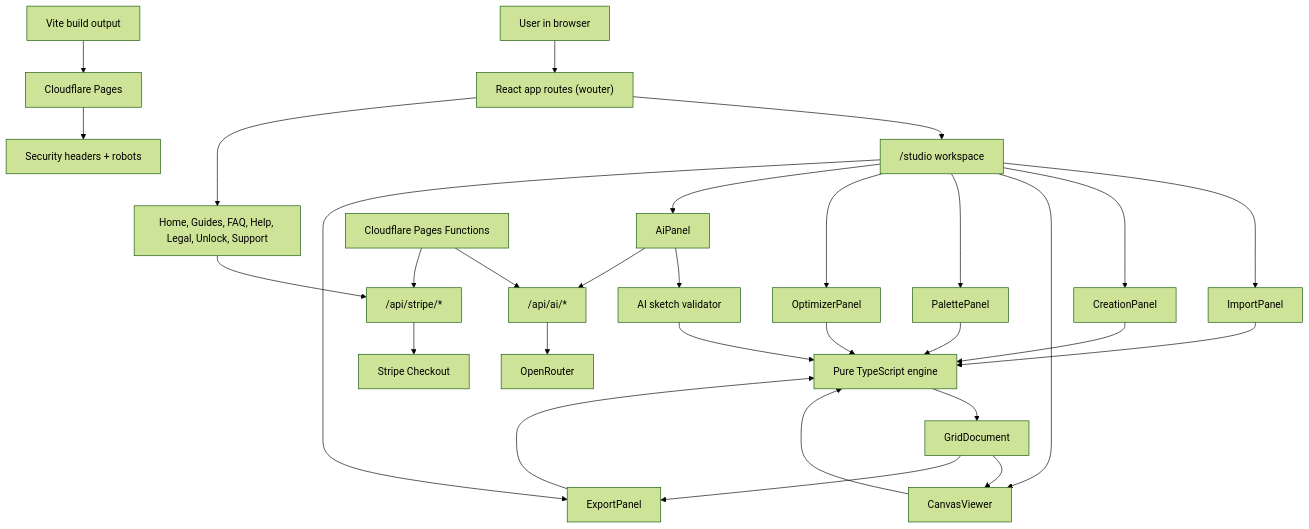
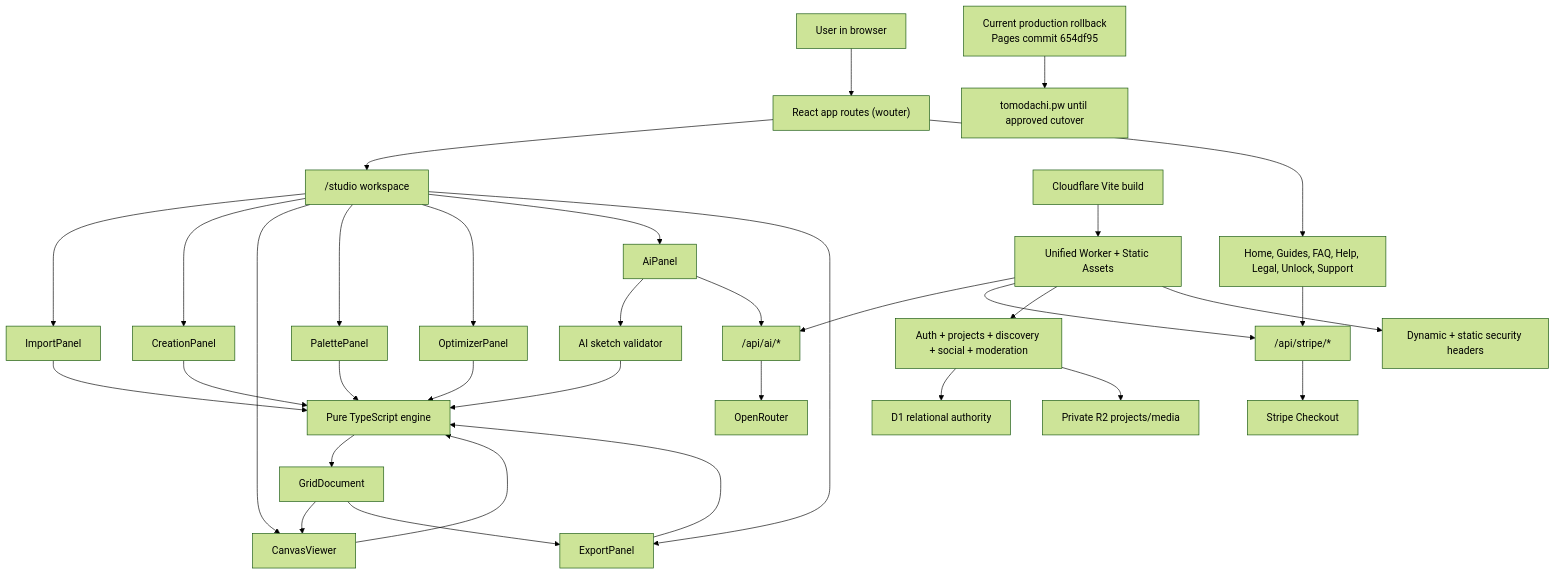
One commit to RazonIn4K/Mii-pixelart changed the first of 8 diagrams in living-the-grid-studio/PROJECT_STACK_AND_IMPLEMENTATION.md. Above: the diagram before and after it, drawn with Mermaid (forest theme). The commit also changed other lines of this file and 46 other files, not shown here.

````diff
--- a/living-the-grid-studio/PROJECT_STACK_AND_IMPLEMENTATION.md
+++ b/living-the-grid-studio/PROJECT_STACK_AND_IMPLEMENTATION.md
@@ -51,38 +71,43 @@
 ```mermaid
 flowchart TD
   User["User in browser"] --> Routes["React app routes (wouter)"]
   Routes --> Studio["/studio workspace"]
   Routes --> SitePages["Home, Guides, FAQ, Help, Legal, Unlock, Support"]
 
   Studio --> Import["ImportPanel"]
   Studio --> Create["CreationPanel"]
   Studio --> Canvas["CanvasViewer"]
   Studio --> Palette["PalettePanel"]
   Studio --> Optimize["OptimizerPanel"]
   Studio --> AI["AiPanel"]
   Studio --> Export["ExportPanel"]
 
   Import --> Engine["Pure TypeScript engine"]
   Create --> Engine
   Canvas --> Engine
   Palette --> Engine
   Optimize --> Engine
   AI --> AiSketch["AI sketch validator"]
   AiSketch --> Engine
   Export --> Engine
 
   Engine --> GridDoc["GridDocument"]
   GridDoc --> Canvas
   GridDoc --> Export
 
   AI --> ApiAI["/api/ai/*"]
   ApiAI --> OpenRouter["OpenRouter"]
 
   SitePages --> ApiStripe["/api/stripe/*"]
   ApiStripe --> Stripe["Stripe Checkout"]
 
-  BrowserBuild["Vite build output"] --> CloudflarePages["Cloudflare Pages"]
-  Functions["Cloudflare Pages Functions"] --> ApiAI
-  Functions --> ApiStripe
-  CloudflarePages --> Headers["Security headers + robots"]
+  BrowserBuild["Cloudflare Vite build"] --> Worker["Unified Worker + Static Assets"]
+  Worker --> ApiAI
+  Worker --> ApiStripe
+  Worker --> Community["Auth + projects + discovery + social + moderation"]
+  Community --> D1["D1 relational authority"]
+  Community --> R2["Private R2 projects/media"]
+  Worker --> Headers["Dynamic + static security headers"]
+
+  LegacyPages["Current production rollback\nPages commit 654df95"] --> Live["tomodachi.pw until approved cutover"]
 ```
````
